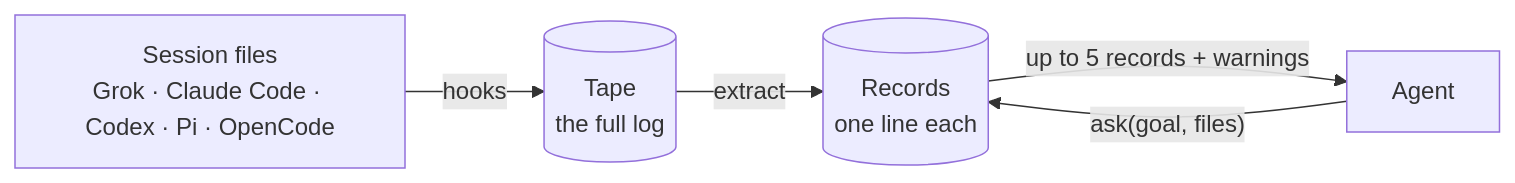
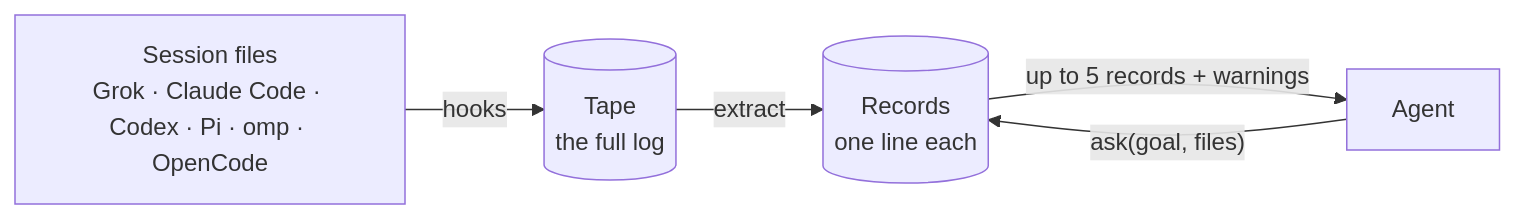
Before and after one commit to jbgh/lossless: the diagram in README.md, drawn with Mermaid. The commit also changed other lines of this file and 29 other files, not shown here.

````diff
--- a/README.md
+++ b/README.md
@@ -35,7 +35,7 @@
 ```mermaid
 flowchart LR
-  S["Session files<br/>Grok · Claude Code · Codex · Pi · OpenCode"] -- hooks --> T[("Tape<br/>the full log")]
+  S["Session files<br/>Grok · Claude Code · Codex · Pi · omp · OpenCode"] -- hooks --> T[("Tape<br/>the full log")]
   T -- extract --> R[("Records<br/>one line each")]
   A["Agent"] -- "ask(goal, files)" --> R
   R -- "up to 5 records + warnings" --> A
 ```
````
